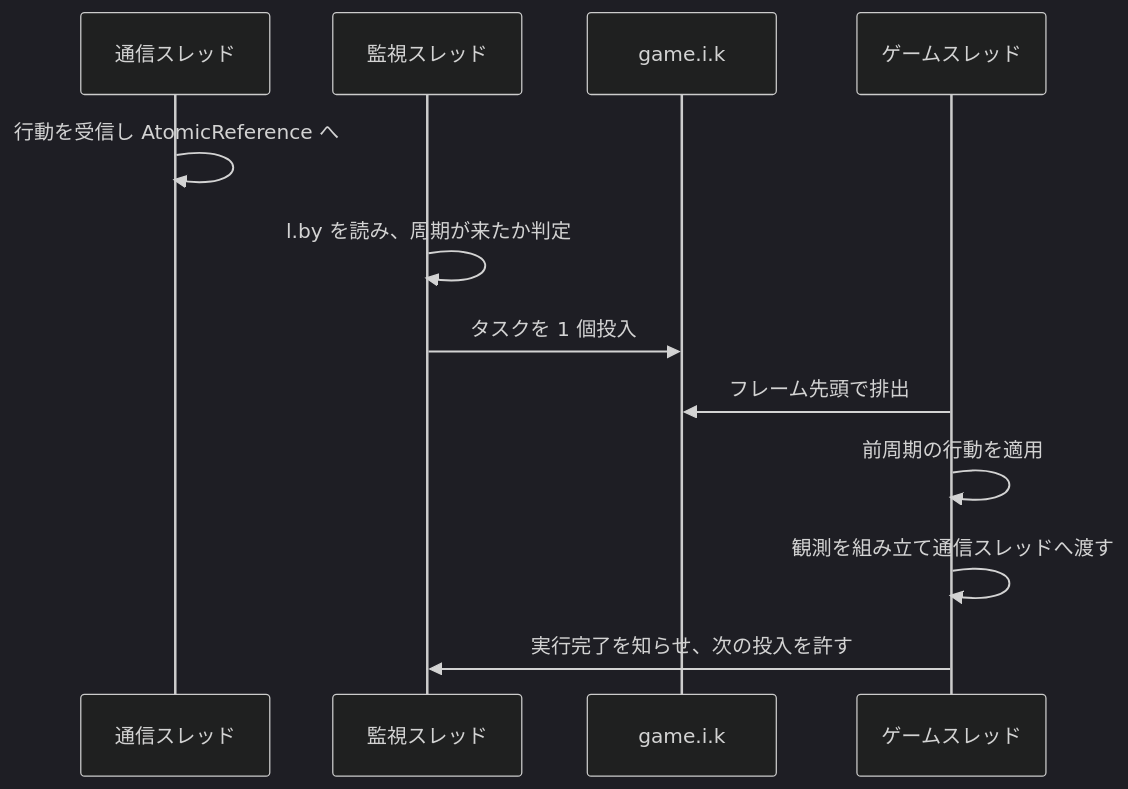
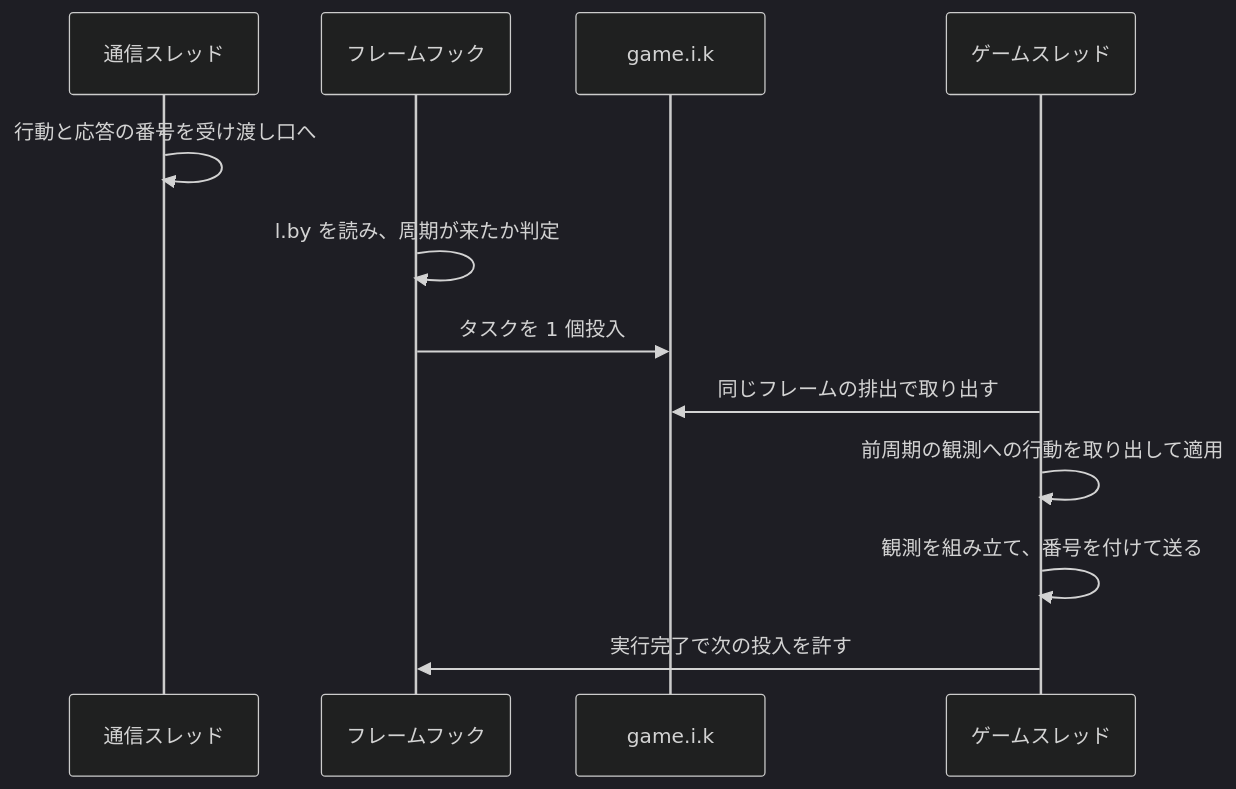
One commit to h4ribote/RW-Intel changed the second of 6 diagrams in docs/project/05-interface.md. Above: the diagram before and after it, drawn with Mermaid (dark theme). The commit also changed other lines of this file and 174 other files, not shown here.

````diff
--- a/docs/project/05-interface.md
+++ b/docs/project/05-interface.md
@@ -53,14 +40,14 @@
 ```mermaid
 sequenceDiagram
     participant N as 通信スレッド
-    participant M as 監視スレッド
+    participant F as フレームフック
     participant Q as game.i.k
     participant G as ゲームスレッド
-    N->>N: 行動を受信し AtomicReference へ
-    M->>M: l.by を読み、周期が来たか判定
-    M->>Q: タスクを 1 個投入
-    G->>Q: フレーム先頭で排出
-    G->>G: 前周期の行動を適用
-    G->>G: 観測を組み立て通信スレッドへ渡す
-    G->>M: 実行完了を知らせ、次の投入を許す
+    N->>N: 行動と応答の番号を受け渡し口へ
+    F->>F: l.by を読み、周期が来たか判定
+    F->>Q: タスクを 1 個投入
+    G->>Q: 同じフレームの排出で取り出す
+    G->>G: 前周期の観測への行動を取り出して適用
+    G->>G: 観測を組み立て、番号を付けて送る
+    G->>F: 実行完了で次の投入を許す
 ```
````
